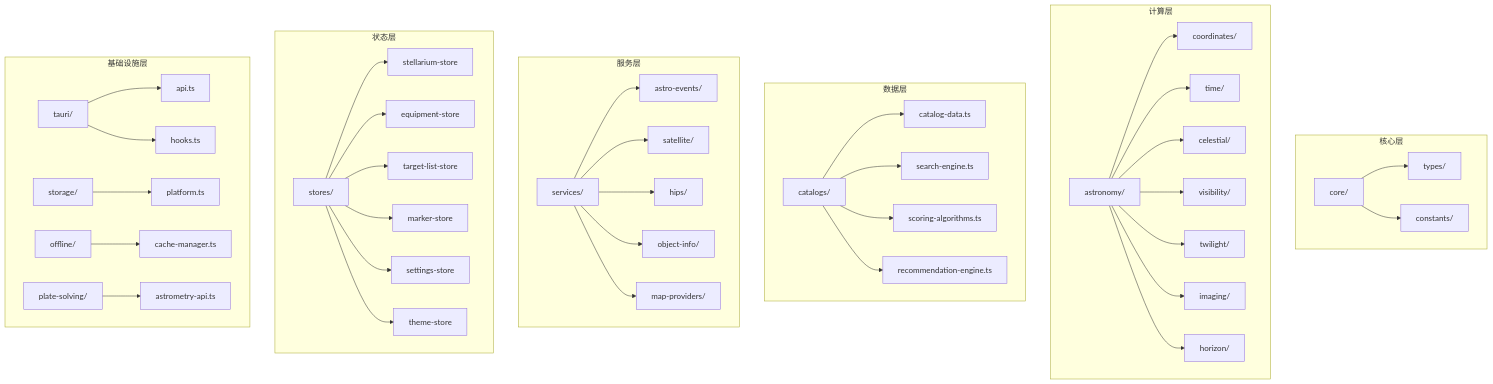
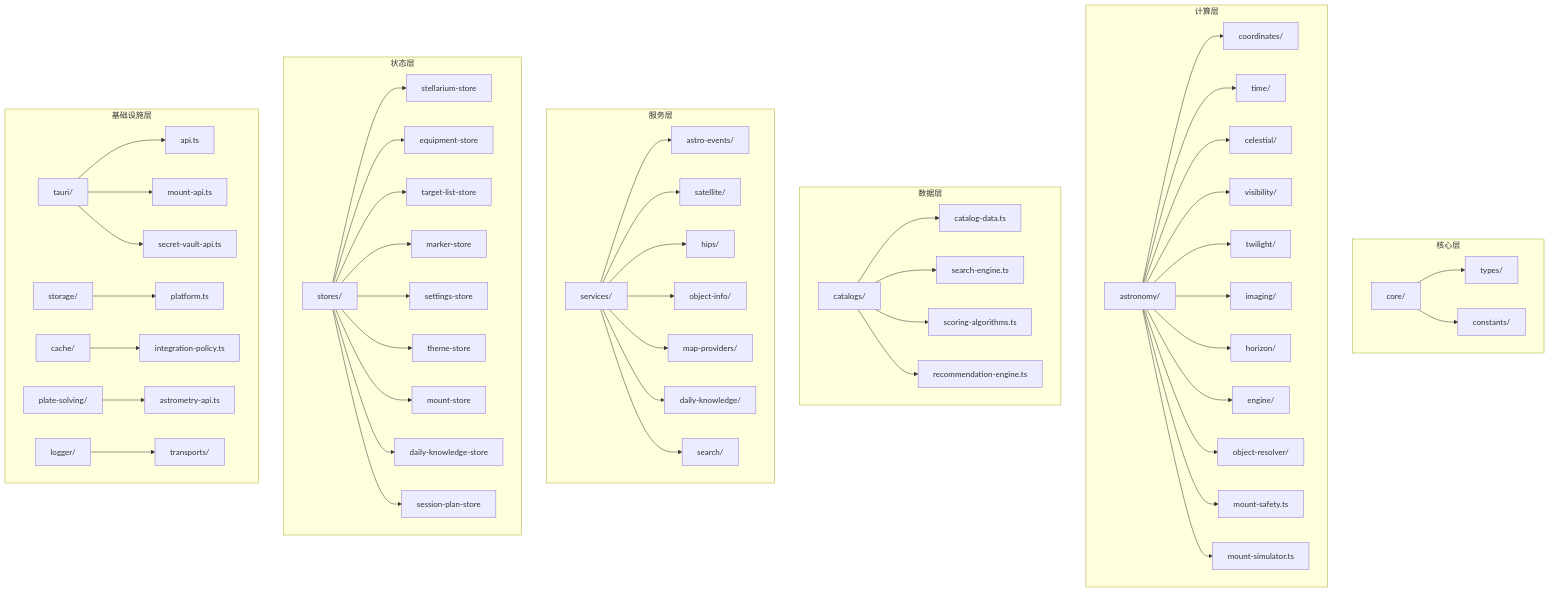
One commit to MaxQian888/cobalt-skymap changed the diagram in docs/developer-guide/core-modules/index.md. Above: the diagram before and after it, drawn with Mermaid. The commit also changed other lines of this file and 253 other files, not shown here.

````diff
--- a/docs/developer-guide/core-modules/index.md
+++ b/docs/developer-guide/core-modules/index.md
@@ -9,49 +9,60 @@
 ```mermaid
 graph TD
     subgraph 核心层
         A[core/] --> B[types/]
         A --> C[constants/]
     end
 
     subgraph 计算层
         D[astronomy/] --> E[coordinates/]
         D --> F[time/]
         D --> G[celestial/]
         D --> H[visibility/]
         D --> I[twilight/]
         D --> J[imaging/]
         D --> K[horizon/]
+        D --> L[engine/]
+        D --> M[object-resolver/]
+        D --> N[mount-safety.ts]
+        D --> O[mount-simulator.ts]
     end
 
     subgraph 数据层
-        L[catalogs/] --> M[catalog-data.ts]
-        L --> N[search-engine.ts]
-        L --> O[scoring-algorithms.ts]
-        L --> P[recommendation-engine.ts]
+        P[catalogs/] --> Q[catalog-data.ts]
+        P --> R[search-engine.ts]
+        P --> S[scoring-algorithms.ts]
+        P --> T[recommendation-engine.ts]
     end
 
     subgraph 服务层
-        Q[services/] --> R[astro-events/]
-        Q --> S[satellite/]
-        Q --> T[hips/]
-        Q --> U[object-info/]
-        Q --> V[map-providers/]
+        U[services/] --> V[astro-events/]
+        U --> W[satellite/]
+        U --> X[hips/]
+        U --> Y[object-info/]
+        U --> Z[map-providers/]
+        U --> AA[daily-knowledge/]
+        U --> AB[search/]
     end
 
     subgraph 状态层
-        W[stores/] --> X[stellarium-store]
-        W --> Y[equipment-store]
-        W --> Z[target-list-store]
-        W --> AA[marker-store]
-        W --> AB[settings-store]
-        W --> AC[theme-store]
+        AC[stores/] --> AD[stellarium-store]
+        AC --> AE[equipment-store]
+        AC --> AF[target-list-store]
+        AC --> AG[marker-store]
+        AC --> AH[settings-store]
+        AC --> AI[theme-store]
+        AC --> AJ[mount-store]
+        AC --> AK[daily-knowledge-store]
+        AC --> AL[session-plan-store]
     end
 
     subgraph 基础设施层
-        AD[tauri/] --> AE[api.ts]
-        AD --> AF[hooks.ts]
-        AG[storage/] --> AH[platform.ts]
-        AI[offline/] --> AJ[cache-manager.ts]
-        AK[plate-solving/] --> AL[astrometry-api.ts]
+        AM[tauri/] --> AN[api.ts]
+        AM --> AO[mount-api.ts]
+        AM --> AP[secret-vault-api.ts]
+        AQ[storage/] --> AR[platform.ts]
+        AS[cache/] --> AT[integration-policy.ts]
+        AU[plate-solving/] --> AV[astrometry-api.ts]
+        AW[logger/] --> AX[transports/]
     end
 ```
````
